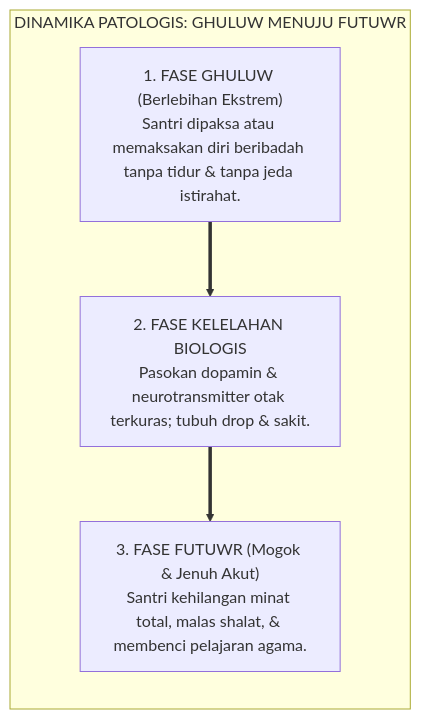
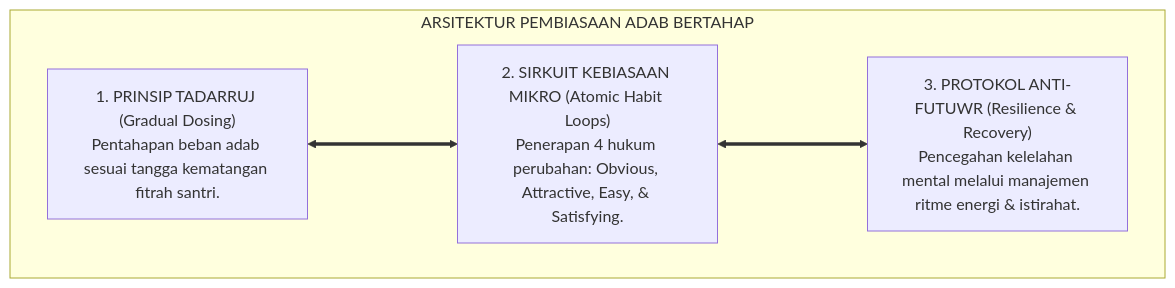
The second of 4 diagrams in 01 Philosophy/06 Change/P1-06-02-Prinsip-Tadarruj-dan-Istiqamah.md (wandiapriliyandi/tumbuh), drawn with Mermaid before and after one commit. The commit also changed other lines of this file and 7 other files, not shown here.

````diff
--- a/01 Philosophy/06 Change/P1-06-02-Prinsip-Tadarruj-dan-Istiqamah.md
+++ b/01 Philosophy/06 Change/P1-06-02-Prinsip-Tadarruj-dan-Istiqamah.md
@@ -142,12 +119,13 @@
 ```mermaid
-graph LR
-    subgraph SiklusGhuluwFutuwr["DINAMIKA PATOLOGIS: GHULUW MENUJU FUTUWR"]
-        Ghuluw["1. FASE GHULUW (Berlebihan Ekstrem)<br/>Santri dipaksa atau memaksakan diri beribadah tanpa tidur & tanpa jeda istirahat."]
+flowchart TD
+    subgraph ArsitekturTadarrujIstiqamahTUMBUH["ARSITEKTUR PEMBIASAAN ADAB BERTAHAP"]
         
-        Exhaustion["2. FASE KELELAHAN BIOLOGIS<br/>Pasokan dopamin & neurotransmitter otak terkuras; tubuh drop & sakit."]
+        T1_Sayap["1. PRINSIP TADARRUJ (Gradual Dosing)<br/>Pentahapan beban adab sesuai tangga kematangan fitrah santri."]
         
-        Futuwr["3. FASE FUTUWR (Mogok & Jenuh Akut)<br/>Santri kehilangan minat total, malas shalat, & membenci pelajaran agama."]
+        T2_Sayap["2. SIRKUIT KEBIASAAN MIKRO (Atomic Habit Loops)<br/>Penerapan 4 hukum perubahan: Obvious, Attractive, Easy, & Satisfying."]
         
-        Ghuluw ==> Exhaustion ==> Futuwr
+        T3_Sayap["3. PROTOKOL ANTI-FUTUWR (Resilience & Recovery)<br/>Pencegahan kelelahan mental melalui manajemen ritme energi & istirahat."]
+        
+        T1_Sayap <===> T2_Sayap <===> T3_Sayap
     end
 ```
````
